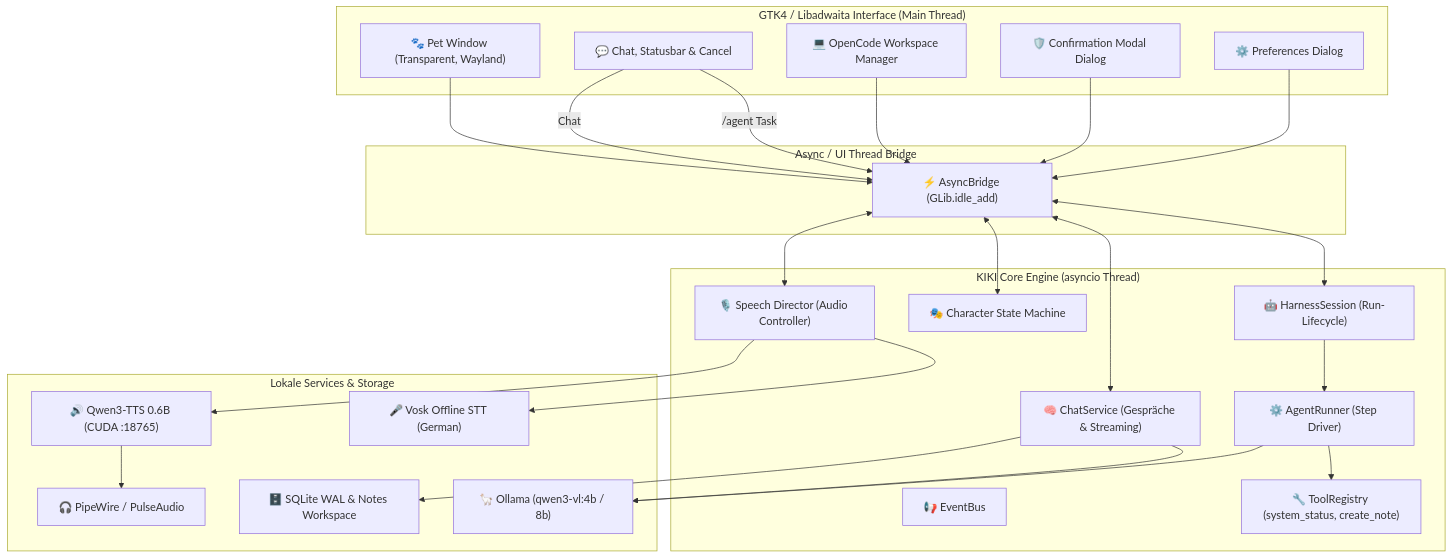
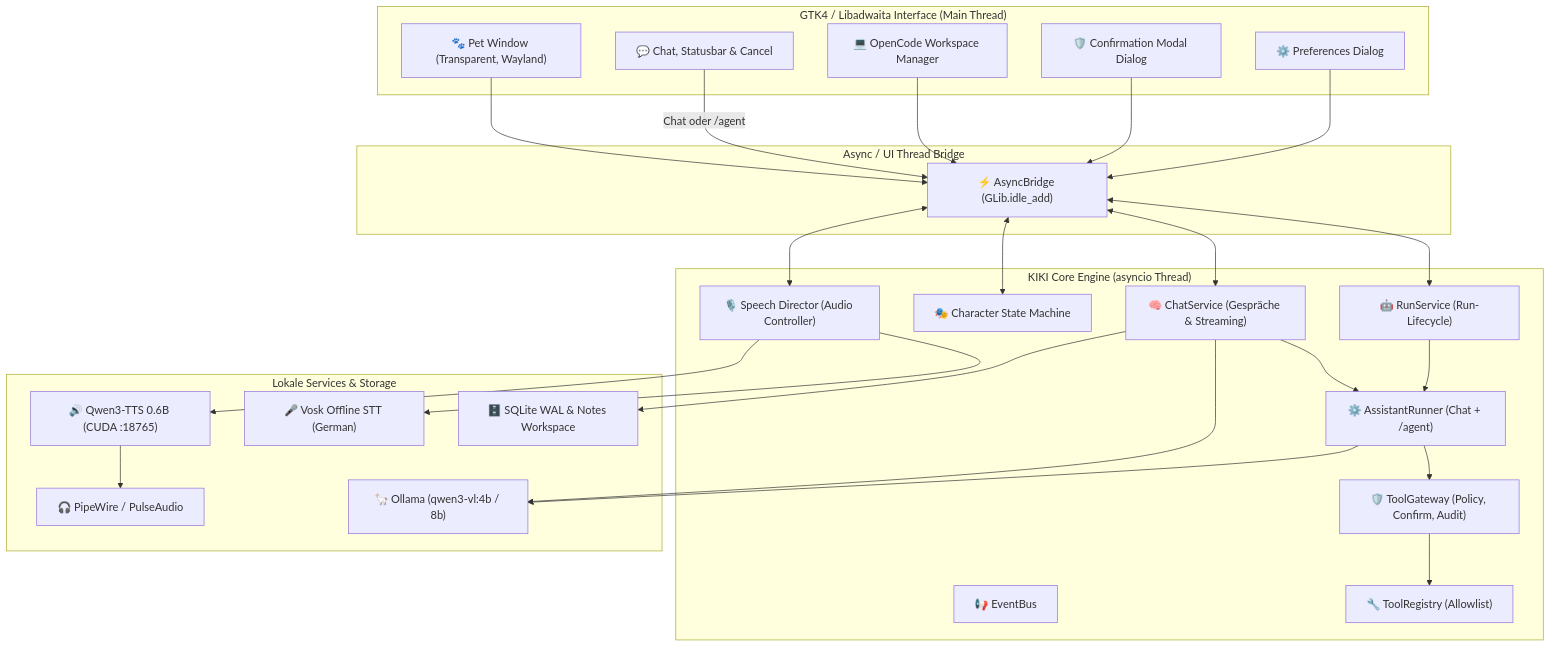
The diagram in README.md (ST1CKEL/Project_KIKI), drawn with Mermaid before and after one commit. The commit also changed other lines of this file, not shown here.

Commit message:
docs: README an Assistant-Core anpassen

````diff
--- a/README.md
+++ b/README.md
@@ -109,55 +111,57 @@
 ```mermaid
 flowchart TD
     subgraph UI ["GTK4 / Libadwaita Interface (Main Thread)"]
         PetWindow["🐾 Pet Window (Transparent, Wayland)"]
         ChatWindow["💬 Chat, Statusbar & Cancel"]
         CodeWindow["💻 OpenCode Workspace Manager"]
         ConfirmDialog["🛡️ Confirmation Modal Dialog"]
         SettingsDialog["⚙️ Preferences Dialog"]
     end
 
     subgraph Bridge ["Async / UI Thread Bridge"]
         AsyncBridge["⚡ AsyncBridge (GLib.idle_add)"]
     end
 
     subgraph Core ["KIKI Core Engine (asyncio Thread)"]
         EventBus["📢 EventBus"]
         ChatService["🧠 ChatService (Gespräche & Streaming)"]
-        HarnessSession["🤖 HarnessSession (Run-Lifecycle)"]
-        AgentRunner["⚙️ AgentRunner (Step Driver)"]
-        ToolRegistry["🔧 ToolRegistry (system_status, create_note)"]
+        RunService["🤖 RunService (Run-Lifecycle)"]
+        AssistantRunner["⚙️ AssistantRunner (Chat + /agent)"]
+        ToolGateway["🛡️ ToolGateway (Policy, Confirm, Audit)"]
+        ToolRegistry["🔧 ToolRegistry (Allowlist)"]
         StateMachine["🎭 Character State Machine"]
         SpeechDirector["🎙️ Speech Director (Audio Controller)"]
     end
 
     subgraph Backends ["Lokale Services & Storage"]
         Ollama["🦙 Ollama (qwen3-vl:4b / 8b)"]
         VoskSTT["🎤 Vosk Offline STT (German)"]
         TTSMicroservice["🔊 Qwen3-TTS 0.6B (CUDA :18765)"]
         PipeWire["🎧 PipeWire / PulseAudio"]
         SQLiteDB["🗄️ SQLite WAL & Notes Workspace"]
     end
 
-    ChatWindow -->|/agent Task| AsyncBridge
-    ChatWindow -->|Chat| AsyncBridge
+    ChatWindow -->|Chat oder /agent| AsyncBridge
     ConfirmDialog --> AsyncBridge
     PetWindow --> AsyncBridge
     CodeWindow --> AsyncBridge
     SettingsDialog --> AsyncBridge
 
-    AsyncBridge <--> HarnessSession
+    AsyncBridge <--> RunService
     AsyncBridge <--> ChatService
     AsyncBridge <--> StateMachine
     AsyncBridge <--> SpeechDirector
 
-    HarnessSession --> AgentRunner
-    AgentRunner --> ToolRegistry
-    AgentRunner --> Ollama
+    RunService --> AssistantRunner
+    ChatService --> AssistantRunner
+    AssistantRunner --> ToolGateway
+    ToolGateway --> ToolRegistry
+    AssistantRunner --> Ollama
 
     ChatService --> Ollama
     ChatService --> SQLiteDB
 
     SpeechDirector --> VoskSTT
     SpeechDirector --> TTSMicroservice
     TTSMicroservice --> PipeWire
 ```
````
